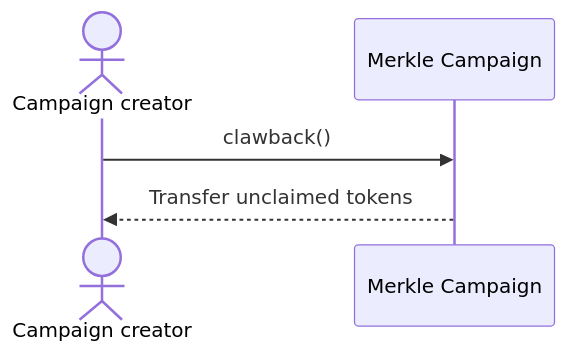
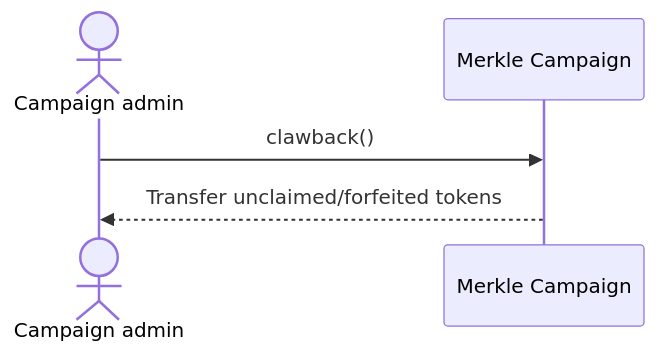
Before and after one commit to sablier-labs/docs: the eighth of 8 diagrams in docs/reference/airdrops/01-diagrams.md, drawn with Mermaid. The commit also changed other lines of this file and 274 other files, not shown here.

````diff
--- a/docs/reference/airdrops/01-diagrams.md
+++ b/docs/reference/airdrops/01-diagrams.md
@@ -62,7 +100,7 @@
 ```mermaid
 sequenceDiagram
-  actor Campaign creator
+  actor Campaign admin
 
-  Campaign creator ->> Merkle Campaign: clawback()
-  Merkle Campaign -->> Campaign creator: Transfer unclaimed tokens
+  Campaign admin ->> Merkle Campaign: clawback()
+  Merkle Campaign -->> Campaign admin: Transfer unclaimed/forfeited tokens
 ```
````
